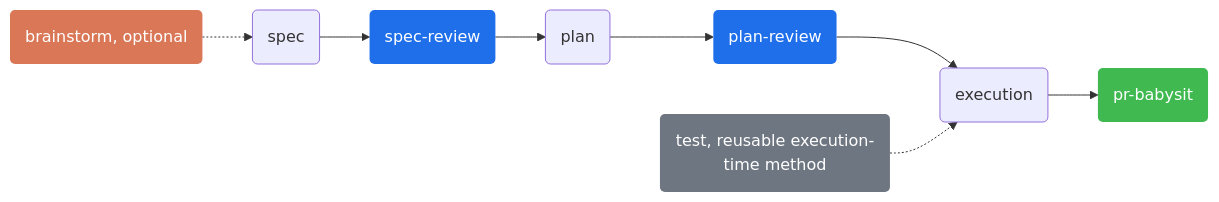
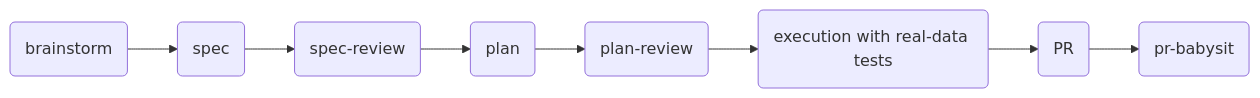
One commit to Falconiere/toolu changed the first of 2 diagrams in README.md. Above: the diagram before and after it, drawn with Mermaid. The commit also changed other lines of this file and 94 other files, not shown here.

First line of the commit message:
feat(delivery-flow): unify delivery workflow (#245)

````diff
--- a/README.md
+++ b/README.md
@@ -231,10 +233,4 @@
 ```mermaid
 flowchart LR
-    B(brainstorm, optional) -.-> S(spec) --> SR(spec-review) --> P(plan) --> PR(plan-review) --> E(execution) --> PB(pr-babysit)
-    T(test, reusable execution-time method) -.-> E
-    style B fill:#d97757,color:#fff,stroke:none
-    style T fill:#6e7681,color:#fff,stroke:none
-    style PB fill:#3fb950,color:#fff,stroke:none
-    style SR fill:#1f6feb,color:#fff,stroke:none
-    style PR fill:#1f6feb,color:#fff,stroke:none
+    B(brainstorm) --> S(spec) --> SR(spec-review) --> P(plan) --> PR(plan-review) --> E(execution with real-data tests) --> D(PR) --> PB(pr-babysit)
 ```
````
